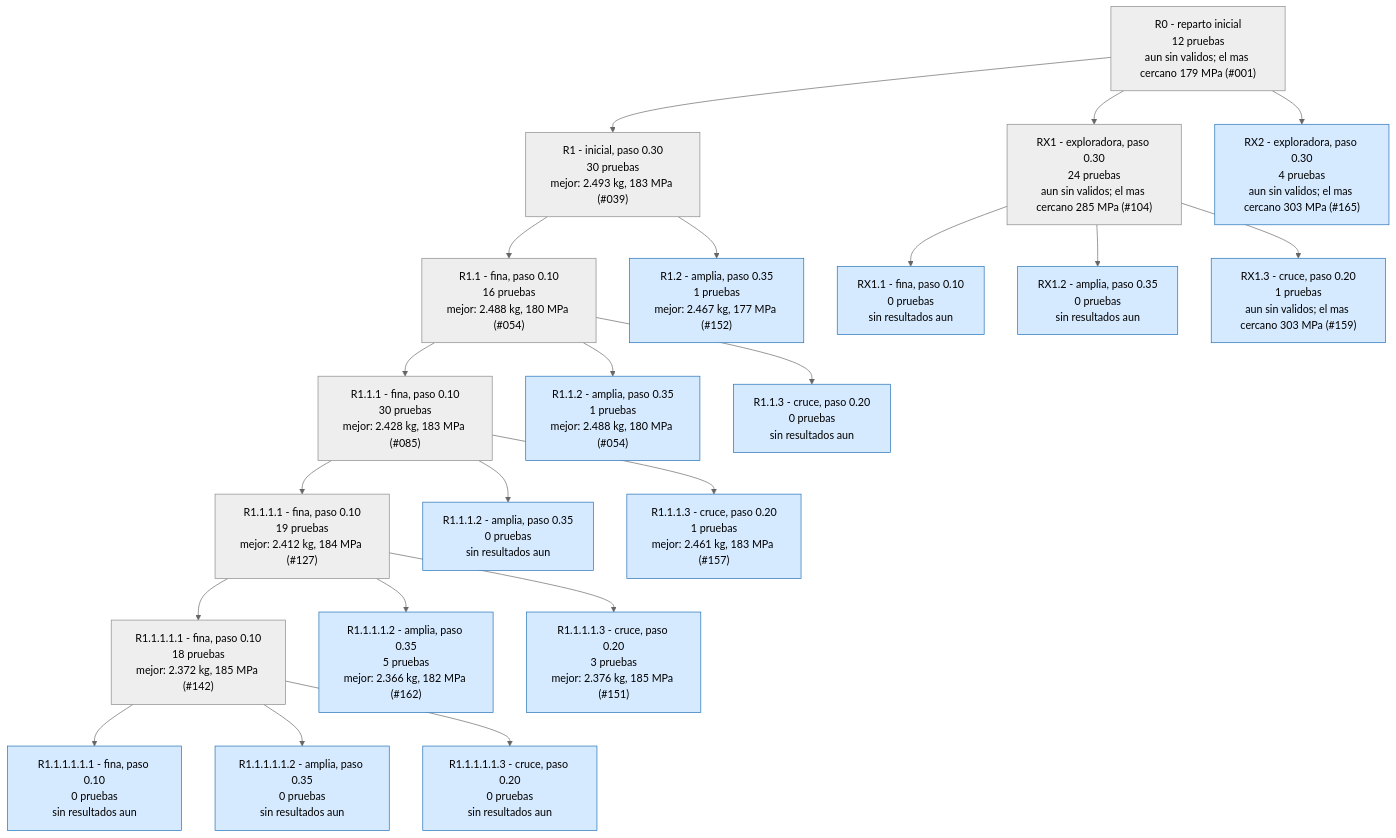
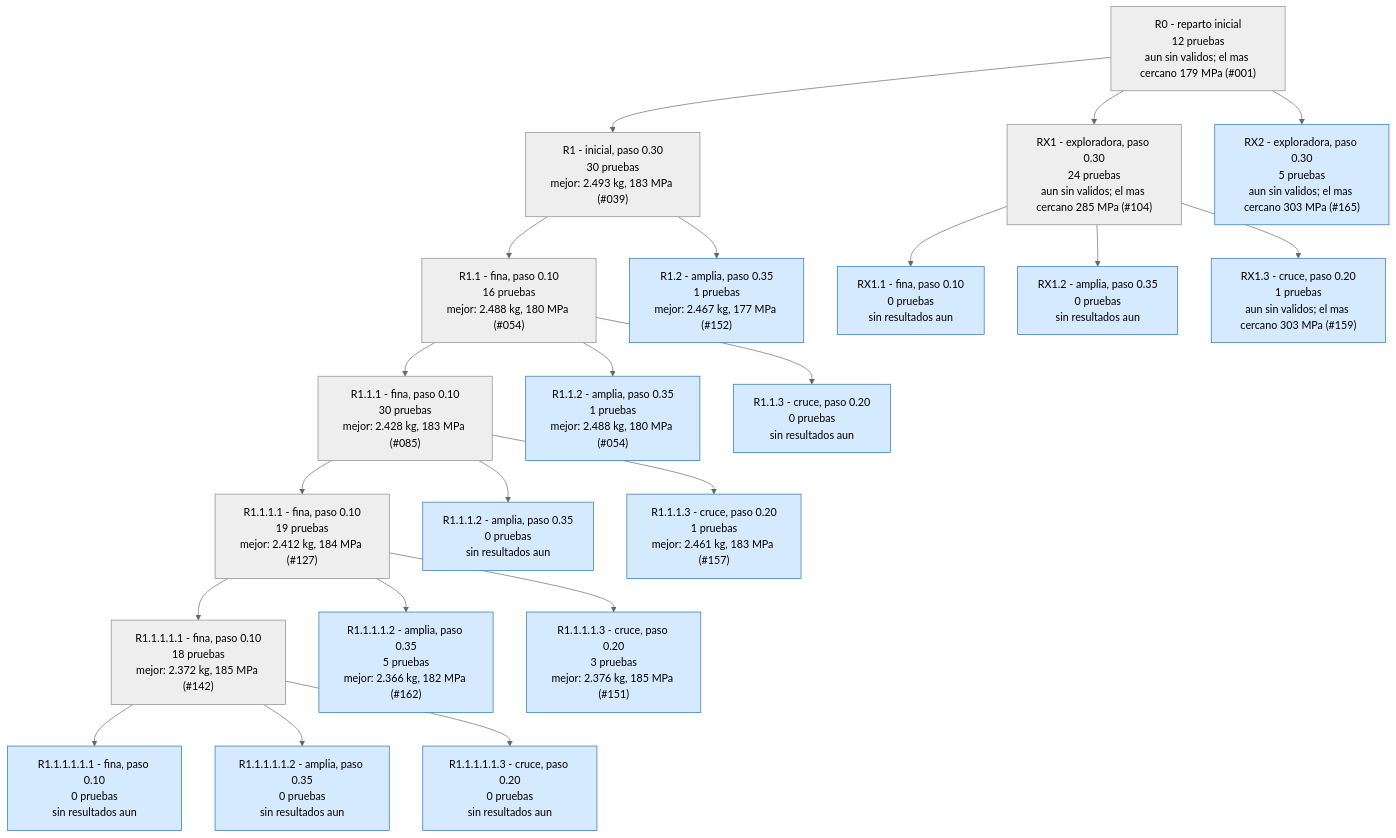
The second of 4 diagrams in runs/opt_37800N/ARBOL.md (Hugiko/msd-soporte-optimizacion), drawn with Mermaid (neutral theme) before and after one commit. The commit also changed other lines of this file and 26 other files, not shown here.

````diff
--- a/runs/opt_37800N/ARBOL.md
+++ b/runs/opt_37800N/ARBOL.md
@@ -25,47 +25,47 @@
 ```mermaid
 graph TD
 classDef activa fill:#d6eaff,stroke:#1f6fb5,color:#000
 classDef fin fill:#eeeeee,stroke:#888,color:#000
 classDef mejor fill:#c8f0c0,stroke:#1a9850,stroke-width:4px,color:#000
 R0["R0 - reparto inicial<br/>12 pruebas<br/>aun sin validos; el mas cercano 179 MPa (#001)"]:::fin
 R1["R1 - inicial, paso 0.30<br/>30 pruebas<br/>mejor: 2.493 kg, 183 MPa (#039)"]:::fin
 R0 --> R1
 R1_1["R1.1 - fina, paso 0.10<br/>16 pruebas<br/>mejor: 2.488 kg, 180 MPa (#054)"]:::fin
 R1 --> R1_1
 R1_2["R1.2 - amplia, paso 0.35<br/>1 pruebas<br/>mejor: 2.467 kg, 177 MPa (#152)"]:::activa
 R1 --> R1_2
 R1_1_1["R1.1.1 - fina, paso 0.10<br/>30 pruebas<br/>mejor: 2.428 kg, 183 MPa (#085)"]:::fin
 R1_1 --> R1_1_1
 R1_1_2["R1.1.2 - amplia, paso 0.35<br/>1 pruebas<br/>mejor: 2.488 kg, 180 MPa (#054)"]:::activa
 R1_1 --> R1_1_2
 R1_1_3["R1.1.3 - cruce, paso 0.20<br/>0 pruebas<br/>sin resultados aun"]:::activa
 R1_1 --> R1_1_3
 R1_1_1_1["R1.1.1.1 - fina, paso 0.10<br/>19 pruebas<br/>mejor: 2.412 kg, 184 MPa (#127)"]:::fin
 R1_1_1 --> R1_1_1_1
 R1_1_1_2["R1.1.1.2 - amplia, paso 0.35<br/>0 pruebas<br/>sin resultados aun"]:::activa
 R1_1_1 --> R1_1_1_2
 R1_1_1_3["R1.1.1.3 - cruce, paso 0.20<br/>1 pruebas<br/>mejor: 2.461 kg, 183 MPa (#157)"]:::activa
 R1_1_1 --> R1_1_1_3
 RX1["RX1 - exploradora, paso 0.30<br/>24 pruebas<br/>aun sin validos; el mas cercano 285 MPa (#104)"]:::fin
 R0 --> RX1
 RX1_1["RX1.1 - fina, paso 0.10<br/>0 pruebas<br/>sin resultados aun"]:::activa
 RX1 --> RX1_1
 RX1_2["RX1.2 - amplia, paso 0.35<br/>0 pruebas<br/>sin resultados aun"]:::activa
 RX1 --> RX1_2
 RX1_3["RX1.3 - cruce, paso 0.20<br/>1 pruebas<br/>aun sin validos; el mas cercano 303 MPa (#159)"]:::activa
 RX1 --> RX1_3
 R1_1_1_1_1["R1.1.1.1.1 - fina, paso 0.10<br/>18 pruebas<br/>mejor: 2.372 kg, 185 MPa (#142)"]:::fin
 R1_1_1_1 --> R1_1_1_1_1
 R1_1_1_1_2["R1.1.1.1.2 - amplia, paso 0.35<br/>5 pruebas<br/>mejor: 2.366 kg, 182 MPa (#162)"]:::activa
 R1_1_1_1 --> R1_1_1_1_2
 R1_1_1_1_3["R1.1.1.1.3 - cruce, paso 0.20<br/>3 pruebas<br/>mejor: 2.376 kg, 185 MPa (#151)"]:::activa
 R1_1_1_1 --> R1_1_1_1_3
 R1_1_1_1_1_1["R1.1.1.1.1.1 - fina, paso 0.10<br/>0 pruebas<br/>sin resultados aun"]:::activa
 R1_1_1_1_1 --> R1_1_1_1_1_1
 R1_1_1_1_1_2["R1.1.1.1.1.2 - amplia, paso 0.35<br/>0 pruebas<br/>sin resultados aun"]:::activa
 R1_1_1_1_1 --> R1_1_1_1_1_2
 R1_1_1_1_1_3["R1.1.1.1.1.3 - cruce, paso 0.20<br/>0 pruebas<br/>sin resultados aun"]:::activa
 R1_1_1_1_1 --> R1_1_1_1_1_3
-RX2["RX2 - exploradora, paso 0.30<br/>4 pruebas<br/>aun sin validos; el mas cercano 303 MPa (#165)"]:::activa
+RX2["RX2 - exploradora, paso 0.30<br/>5 pruebas<br/>aun sin validos; el mas cercano 303 MPa (#165)"]:::activa
 R0 --> RX2
 ```
````
